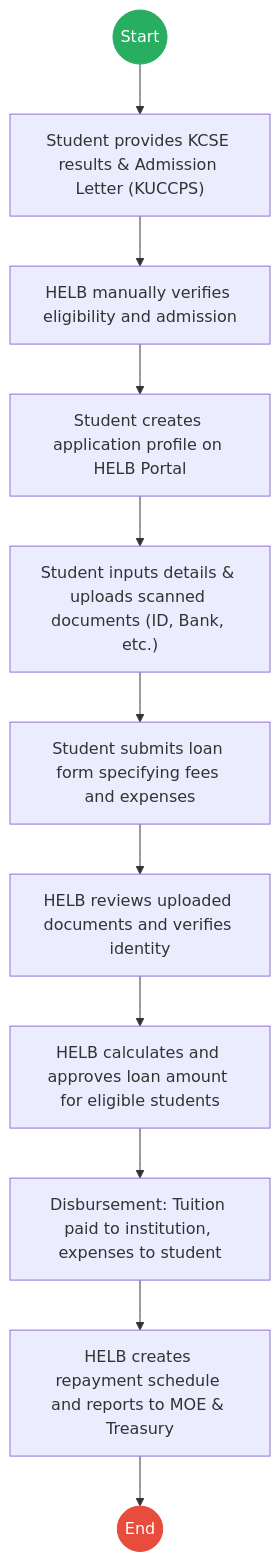
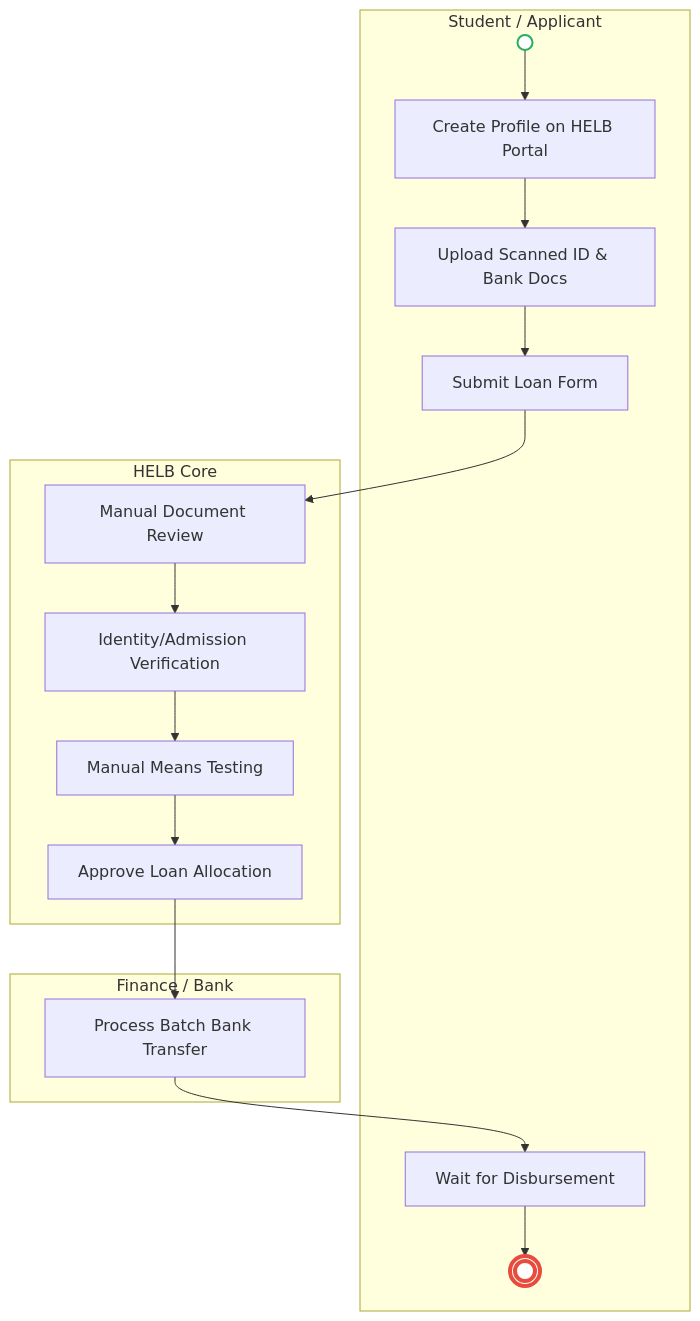
Before and after one commit to BITZ-IT-Consulting-LTD/ictapoc: the first of 2 diagrams in mdas/docs_final/Higher_Education_Loans_Board___Loan_Processing.md, drawn with Mermaid. The commit also changed other lines of this file and 13 other files, not shown here.

````diff
--- a/mdas/docs_final/Higher_Education_Loans_Board___Loan_Processing.md
+++ b/mdas/docs_final/Higher_Education_Loans_Board___Loan_Processing.md
@@ -20,18 +18,24 @@
 ```mermaid
-graph TD
-    Start((Start)) --> S1
-    S1["Student provides KCSE results & Admission Letter (KUCCPS)"] --> S2
-    S2["HELB manually verifies eligibility and admission"] --> S3
-    S3["Student creates application profile on HELB Portal"] --> S4
-    S4["Student inputs details & uploads scanned documents (ID, Bank, etc.)"] --> S5
-    S5["Student submits loan form specifying fees and expenses"] --> S6
-    S6["HELB reviews uploaded documents and verifies identity"] --> S7
-    S7["HELB calculates and approves loan amount for eligible students"] --> S8
-    S8["Disbursement: Tuition paid to institution, expenses to student"] --> S9
-    S9["HELB creates repayment schedule and reports to MOE & Treasury"] --> End((End))
+flowchart TD
+    subgraph Student["Student / Applicant"]
+        Start(( )) --> A1[Create Profile on HELB Portal]
+        A1 --> A2[Upload Scanned ID & Bank Docs]
+        A2 --> A3[Submit Loan Form]
+        A5[Wait for Disbursement] --> End((( )))
+    end
 
-    classDef start fill:#27ae60,stroke:#27ae60,color:#fff;
-    classDef endNode fill:#e74c3c,stroke:#e74c3c,color:#fff;
-    class Start start;
-    class End endNode;
+    subgraph HELB["HELB Core"]
+        A3 --> B1[Manual Document Review]
+        B1 --> B2[Identity/Admission Verification]
+        B2 --> B3[Manual Means Testing]
+        B3 --> B4[Approve Loan Allocation]
+    end
+
+    subgraph Finance["Finance / Bank"]
+        B4 --> C1[Process Batch Bank Transfer]
+        C1 --> A5
+    end
+
+    style Start fill:#fff,stroke:#27ae60,stroke-width:2px
+    style End fill:#fff,stroke:#e74c3c,stroke-width:4px
 ```
````
